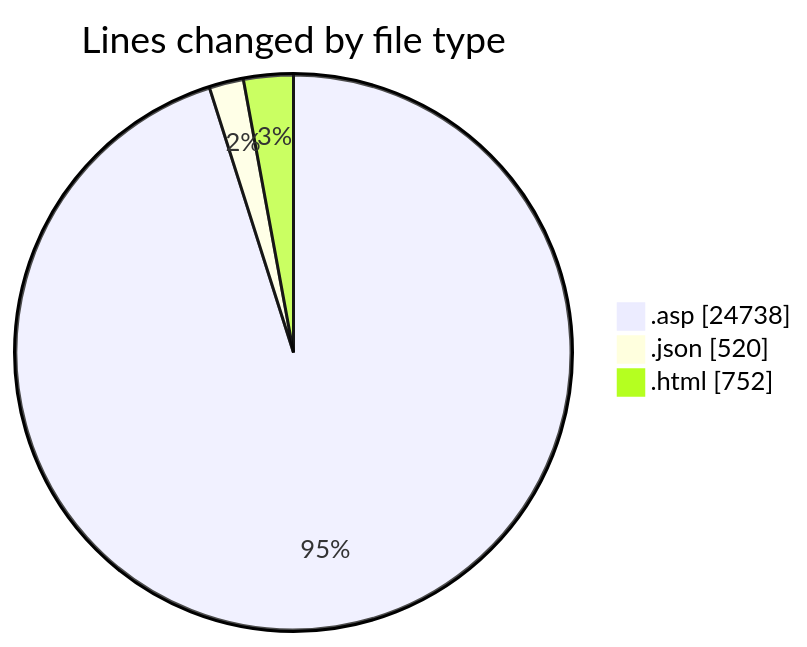
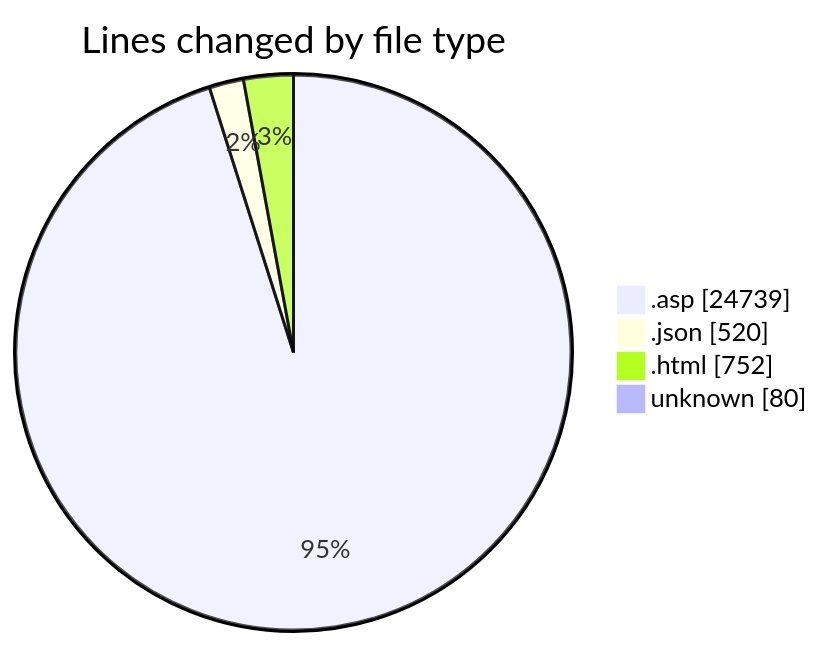
Before and after one commit to julien-gomy/code-tracking: the first of 2 diagrams in 2025-11-01/cdp_aleoudev_fr__workspace_/README.md, drawn with Mermaid. The commit also changed other lines of this file and 1 other file, not shown here.

````diff
--- a/2025-11-01/cdp_aleoudev_fr__workspace_/README.md
+++ b/2025-11-01/cdp_aleoudev_fr__workspace_/README.md
@@ -33,7 +34,8 @@
 ```mermaid
 pie showData
 title Lines changed by file type
-".asp" : 24738
+".asp" : 24739
 ".json" : 520
 ".html" : 752
+"unknown" : 80
 ```
````
